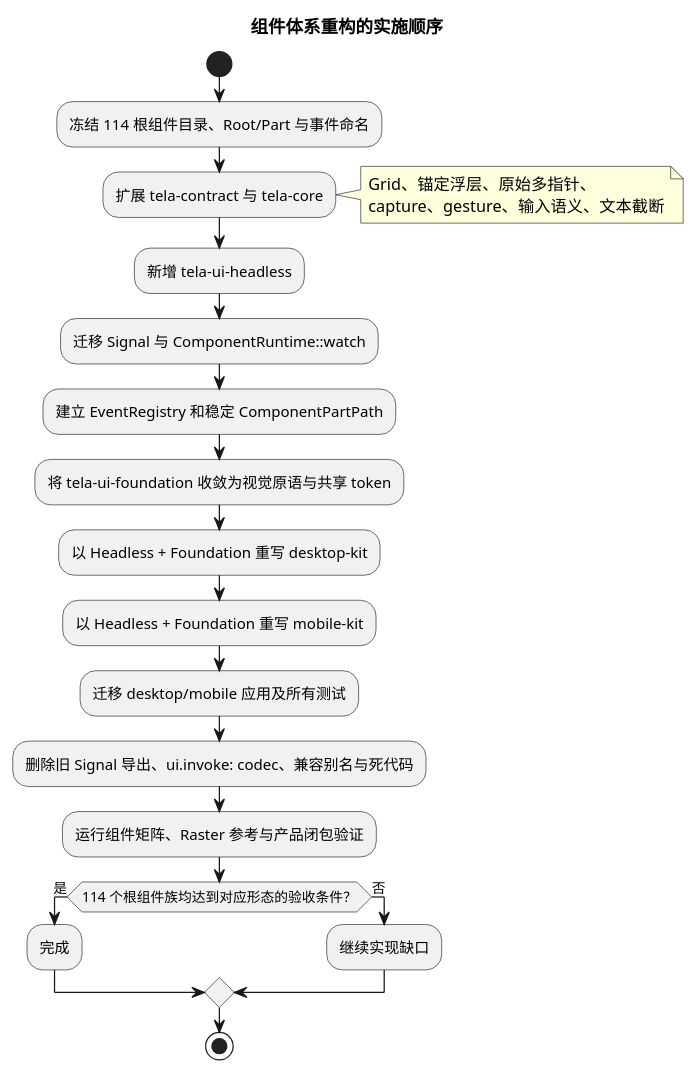
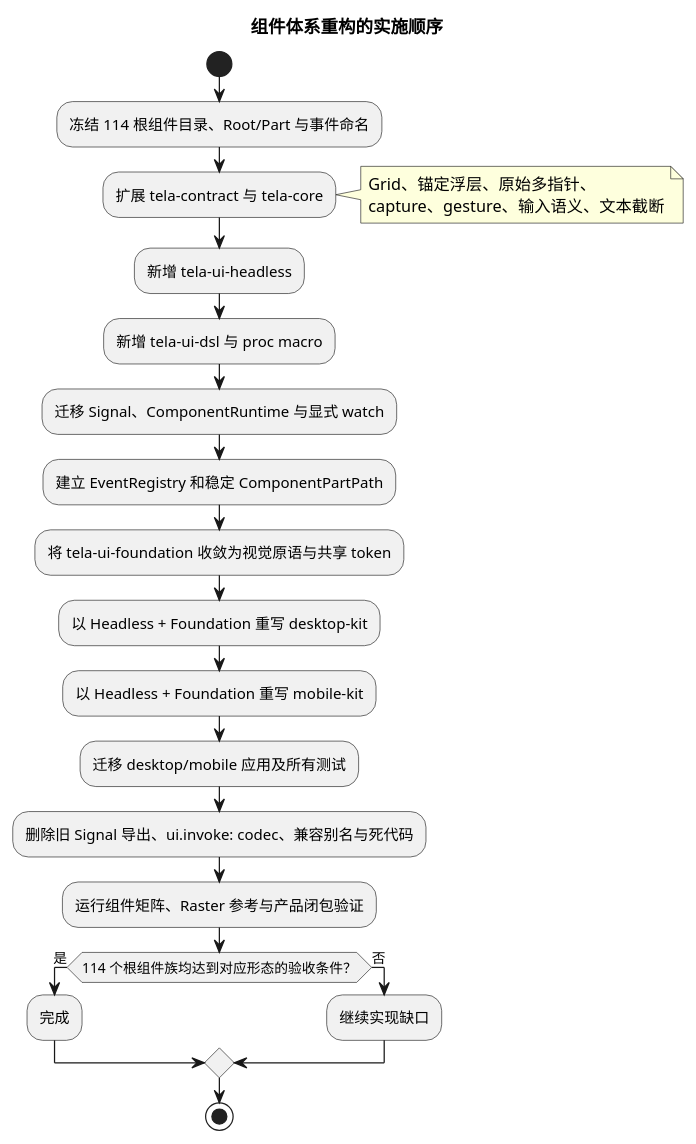
One commit to nyml2003/tela changed the sixth of 6 diagrams in docs/030-通用组件体系重构方案.md. Above: the diagram before and after it, drawn with PlantUML. The commit also changed other lines of this file and 98 other files, not shown here.

```diff
--- a/docs/030-通用组件体系重构方案.md
+++ b/docs/030-通用组件体系重构方案.md
@@ -495,32 +504,33 @@
 ~~~plantuml
 @startuml
 title 组件体系重构的实施顺序
 start
 
 :冻结 114 根组件目录、Root/Part 与事件命名;
 :扩展 tela-contract 与 tela-core;
 note right
 Grid、锚定浮层、原始多指针、
 capture、gesture、输入语义、文本截断
 end note
 
 :新增 tela-ui-headless;
-:迁移 Signal 与 ComponentRuntime::watch;
+:新增 tela-ui-dsl 与 proc macro;
+:迁移 Signal、ComponentRuntime 与显式 watch;
 :建立 EventRegistry 和稳定 ComponentPartPath;
 
 :将 tela-ui-foundation 收敛为视觉原语与共享 token;
 :以 Headless + Foundation 重写 desktop-kit;
 :以 Headless + Foundation 重写 mobile-kit;
 
 :迁移 desktop/mobile 应用及所有测试;
 :删除旧 Signal 导出、ui.invoke: codec、兼容别名与死代码;
 
 :运行组件矩阵、Raster 参考与产品闭包验证;
 if (114 个根组件族均达到对应形态的验收条件？) then (是)
   :完成;
 else (否)
   :继续实现缺口;
 endif
 stop
 @enduml
 ~~~
```
